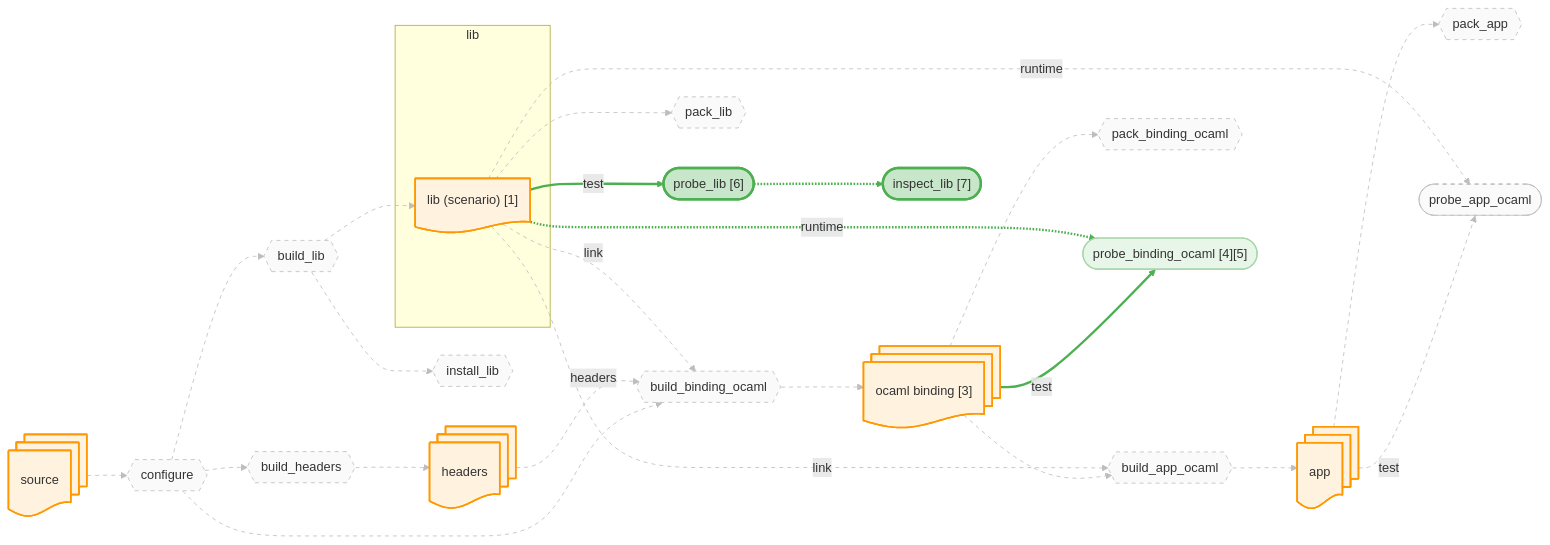
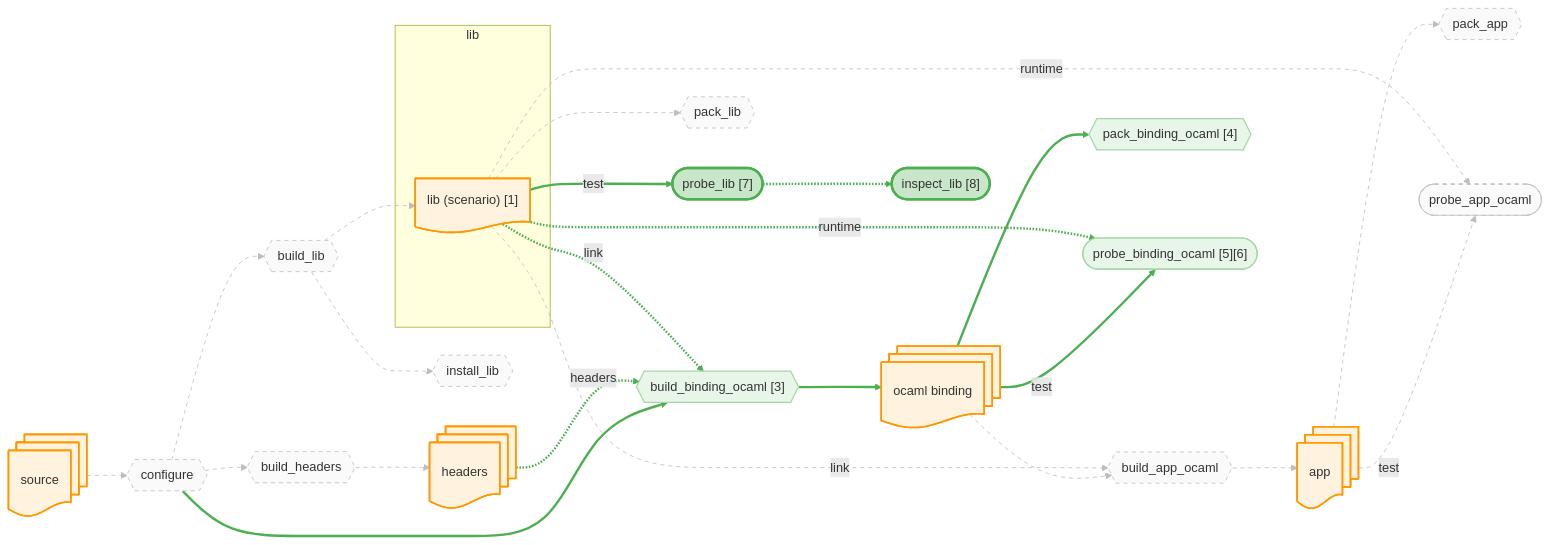
One commit to JHU-PL-Lab/tola changed the diagram in docs/canary/projects/zarith/-run/diagrams/lib.mmd. Above: the diagram before and after it, drawn with Mermaid. The commit also changed 110 other files, not shown here.

```diff
--- a/docs/canary/projects/zarith/-run/diagrams/lib.mmd
+++ b/docs/canary/projects/zarith/-run/diagrams/lib.mmd
@@ -1,91 +1,91 @@
 %% view: lib
 graph LR
     source_node@{ shape: docs, label: "source" }
     headers_node@{ shape: docs, label: "headers" }
     subgraph lib_sg ["lib"]
       lib_fetch_node@{ shape: doc, label: "lib (scenario) [1]" }
     end
     app_node@{ shape: docs, label: "app" }
-    ocaml_binding_node@{ shape: docs, label: "ocaml binding [3]" }
+    ocaml_binding_node@{ shape: docs, label: "ocaml binding" }
 
     A_configure{{"configure"}}
     A_build_headers{{"build_headers"}}
     A_build_lib{{"build_lib"}}
-    A_build_binding_ocaml{{"build_binding_ocaml"}}
+    A_build_binding_ocaml{{"build_binding_ocaml [3]"}}
     A_build_app_ocaml{{"build_app_ocaml"}}
     A_install_lib{{"install_lib"}}
-    A_pack_binding_ocaml{{"pack_binding_ocaml"}}
+    A_pack_binding_ocaml{{"pack_binding_ocaml [4]"}}
     A_pack_lib{{"pack_lib"}}
     A_pack_app{{"pack_app"}}
-    A_probe_binding_ocaml(["probe_binding_ocaml [4][5]"])
+    A_probe_binding_ocaml(["probe_binding_ocaml [5][6]"])
     A_probe_app_ocaml(["probe_app_ocaml"])
-    A_probe_lib(["probe_lib [6]"])
-    A_probe_lib_inspect(["inspect_lib [7]"])
+    A_probe_lib(["probe_lib [7]"])
+    A_probe_lib_inspect(["inspect_lib [8]"])
 
     source_node --> A_configure
     A_configure --> A_build_headers
     A_build_headers --> headers_node
     A_configure --> A_build_lib
     A_build_lib --> lib_fetch_node
     A_configure --> A_build_binding_ocaml
     headers_node -.->|headers| A_build_binding_ocaml
     lib_fetch_node -.->|link| A_build_binding_ocaml
     A_build_binding_ocaml --> ocaml_binding_node
     ocaml_binding_node --> A_build_app_ocaml
     lib_fetch_node -.->|link| A_build_app_ocaml
     A_build_app_ocaml --> app_node
     A_build_lib --> A_install_lib
     ocaml_binding_node --> A_pack_binding_ocaml
     lib_fetch_node --> A_pack_lib
     app_node --> A_pack_app
     ocaml_binding_node -->|test| A_probe_binding_ocaml
     lib_fetch_node -.->|runtime| A_probe_binding_ocaml
     app_node -->|test| A_probe_app_ocaml
     lib_fetch_node -.->|runtime| A_probe_app_ocaml
     lib_fetch_node -->|test| A_probe_lib
     A_probe_lib -.-> A_probe_lib_inspect
 
     classDef artifact fill:#fff3e0,stroke:#ff9800,stroke-width:2px
     classDef action fill:#f3e5f5,stroke:#9c27b0,stroke-width:2px
     classDef st_done fill:#c8e6c9,stroke:#4caf50,stroke-width:3px
     classDef st_done_ctx fill:#e8f5e9,stroke:#a5d6a7,stroke-width:1.5px
     classDef st_expected_fail fill:#fff9c4,stroke:#f9a825,stroke-width:2px
     classDef st_failed fill:#ffcdd2,stroke:#c62828,stroke-width:2px
     classDef st_skipped fill:#f5f5f5,stroke:#9e9e9e,stroke-dasharray:5
     classDef st_nospec fill:#fafafa,stroke:#bdbdbd,stroke-dasharray:5
     class source_node,headers_node,lib_fetch_node,app_node,ocaml_binding_node artifact
     class A_configure st_nospec
     class A_build_headers st_nospec
     class A_build_lib st_nospec
-    class A_build_binding_ocaml st_nospec
+    class A_build_binding_ocaml st_done_ctx
     class A_build_app_ocaml st_nospec
     class A_install_lib st_nospec
-    class A_pack_binding_ocaml st_nospec
+    class A_pack_binding_ocaml st_done_ctx
     class A_pack_lib st_nospec
     class A_pack_app st_nospec
     class A_probe_binding_ocaml st_done_ctx
     class A_probe_app_ocaml st_nospec
     class A_probe_lib st_done
     class A_probe_lib_inspect st_done
     linkStyle 0 stroke:#bdbdbd,stroke-width:1px,stroke-dasharray:5
     linkStyle 1 stroke:#bdbdbd,stroke-width:1px,stroke-dasharray:5
     linkStyle 2 stroke:#bdbdbd,stroke-width:1px,stroke-dasharray:5
     linkStyle 3 stroke:#bdbdbd,stroke-width:1px,stroke-dasharray:5
     linkStyle 4 stroke:#bdbdbd,stroke-width:1px,stroke-dasharray:5
-    linkStyle 5 stroke:#bdbdbd,stroke-width:1px,stroke-dasharray:5
-    linkStyle 6 stroke:#bdbdbd,stroke-width:1px,stroke-dasharray:5
-    linkStyle 7 stroke:#bdbdbd,stroke-width:1px,stroke-dasharray:5
-    linkStyle 8 stroke:#bdbdbd,stroke-width:1px,stroke-dasharray:5
+    linkStyle 5 stroke:#4caf50,stroke-width:3px
+    linkStyle 6 stroke:#4caf50,stroke-width:3px
+    linkStyle 7 stroke:#4caf50,stroke-width:3px
+    linkStyle 8 stroke:#4caf50,stroke-width:3px
     linkStyle 9 stroke:#bdbdbd,stroke-width:1px,stroke-dasharray:5
     linkStyle 10 stroke:#bdbdbd,stroke-width:1px,stroke-dasharray:5
     linkStyle 11 stroke:#bdbdbd,stroke-width:1px,stroke-dasharray:5
     linkStyle 12 stroke:#bdbdbd,stroke-width:1px,stroke-dasharray:5
-    linkStyle 13 stroke:#bdbdbd,stroke-width:1px,stroke-dasharray:5
+    linkStyle 13 stroke:#4caf50,stroke-width:3px
     linkStyle 14 stroke:#bdbdbd,stroke-width:1px,stroke-dasharray:5
     linkStyle 15 stroke:#bdbdbd,stroke-width:1px,stroke-dasharray:5
     linkStyle 16 stroke:#4caf50,stroke-width:3px
     linkStyle 17 stroke:#4caf50,stroke-width:3px
     linkStyle 18 stroke:#bdbdbd,stroke-width:1px,stroke-dasharray:5
     linkStyle 19 stroke:#bdbdbd,stroke-width:1px,stroke-dasharray:5
     linkStyle 20 stroke:#4caf50,stroke-width:3px
     linkStyle 21 stroke:#4caf50,stroke-width:3px
```
